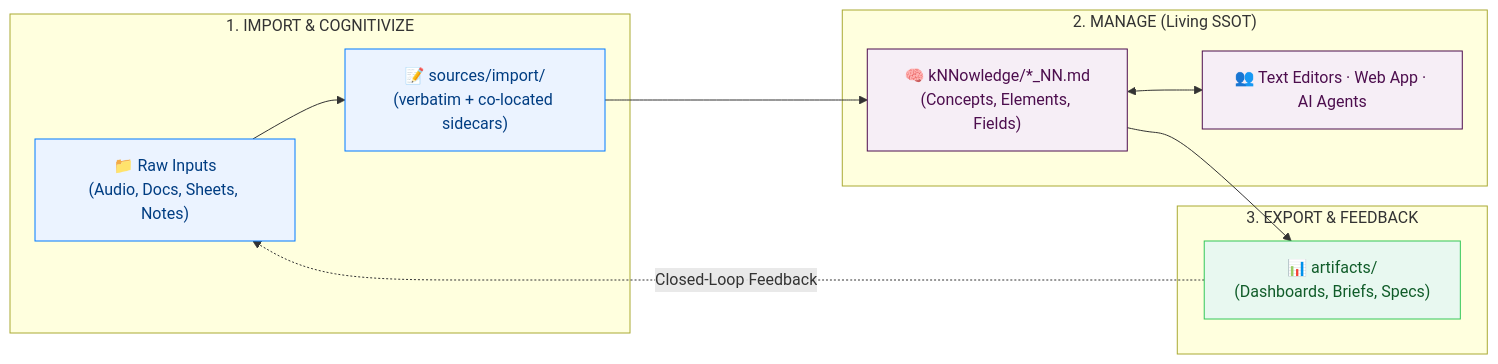
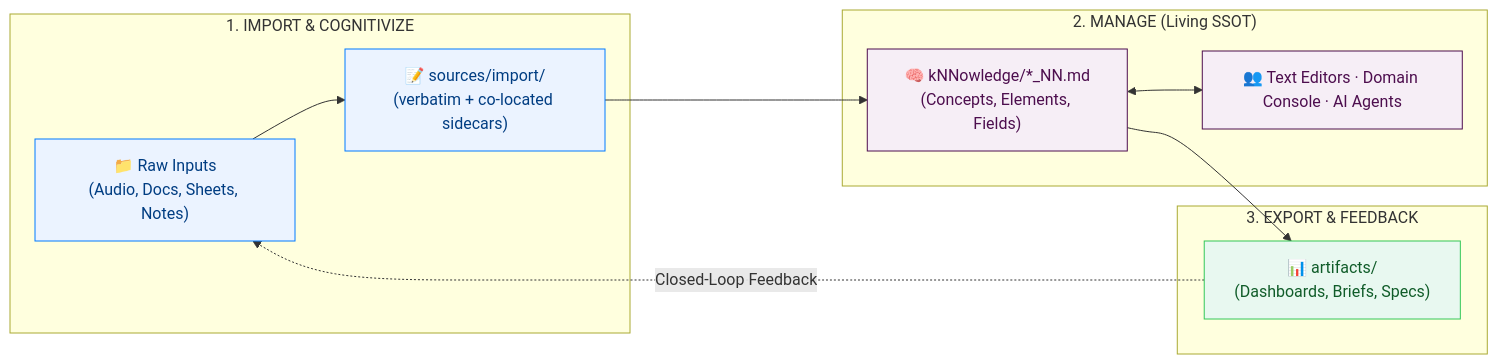
Before and after one commit to cogNNitive/cogNNitive: the diagram in docs/index.md, drawn with Mermaid. The commit also changed other lines of this file and 108 other files, not shown here.

Commit message:
docs: synchronize documentation tree with current iNNfo v0.5.0 architecture

````diff
--- a/docs/index.md
+++ b/docs/index.md
@@ -25,24 +25,24 @@
 ```mermaid
 flowchart LR
     subgraph P1["1. IMPORT & COGNITIVIZE"]
         RAW["📁 Raw Inputs\n(Audio, Docs, Sheets, Notes)"] --> NORM["📝 sources/import/\n(verbatim + co-located sidecars)"]
     end
 
     subgraph P2["2. MANAGE (Living SSOT)"]
         NORM --> MOD["🧠 kNNowledge/*_NN.md\n(Concepts, Elements, Fields)"]
-        MOD <--> EDIT["👥 Text Editors · Web App · AI Agents"]
+        MOD <--> EDIT["👥 Text Editors · Domain Console · AI Agents"]
     end
 
     subgraph P3["3. EXPORT & FEEDBACK"]
         MOD --> ART["📊 artifacts/\n(Dashboards, Briefs, Specs)"]
         ART -.->|"Closed-Loop Feedback"| RAW
     end
 
     classDef p1 fill:#EBF3FF,stroke:#007AFF,color:#003D82;
     classDef p2 fill:#F6EEF6,stroke:#4D0E4E,color:#4D0E4E;
     classDef p3 fill:#E8F8F0,stroke:#34C759,color:#105C29;
 
     class RAW,NORM p1;
     class MOD,EDIT p2;
     class ART p3;
 ```
````
